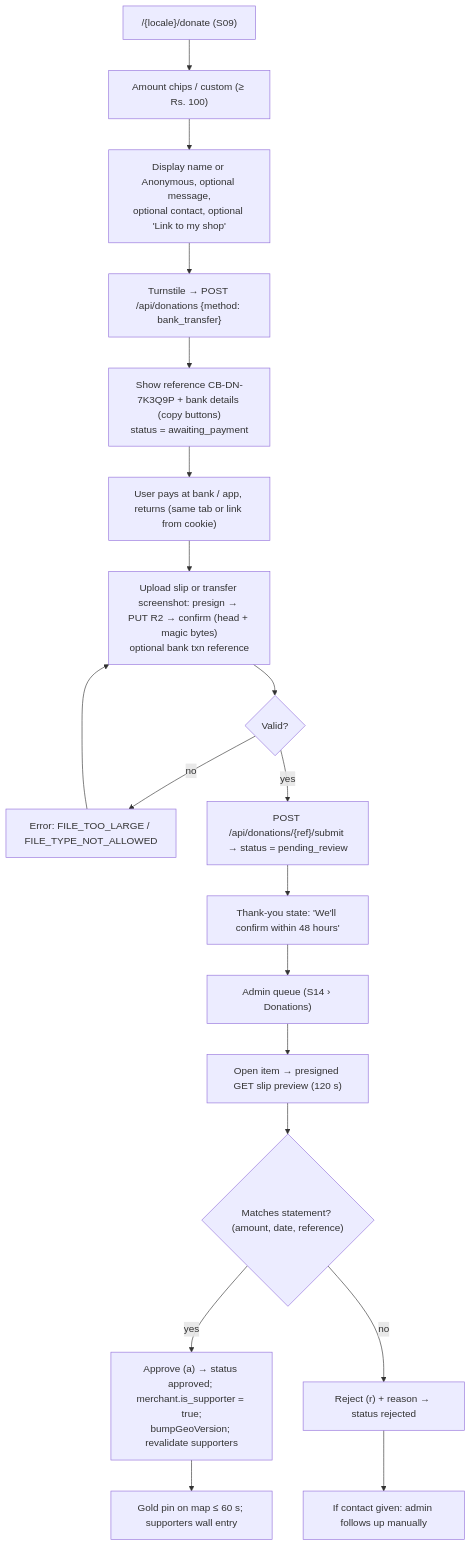
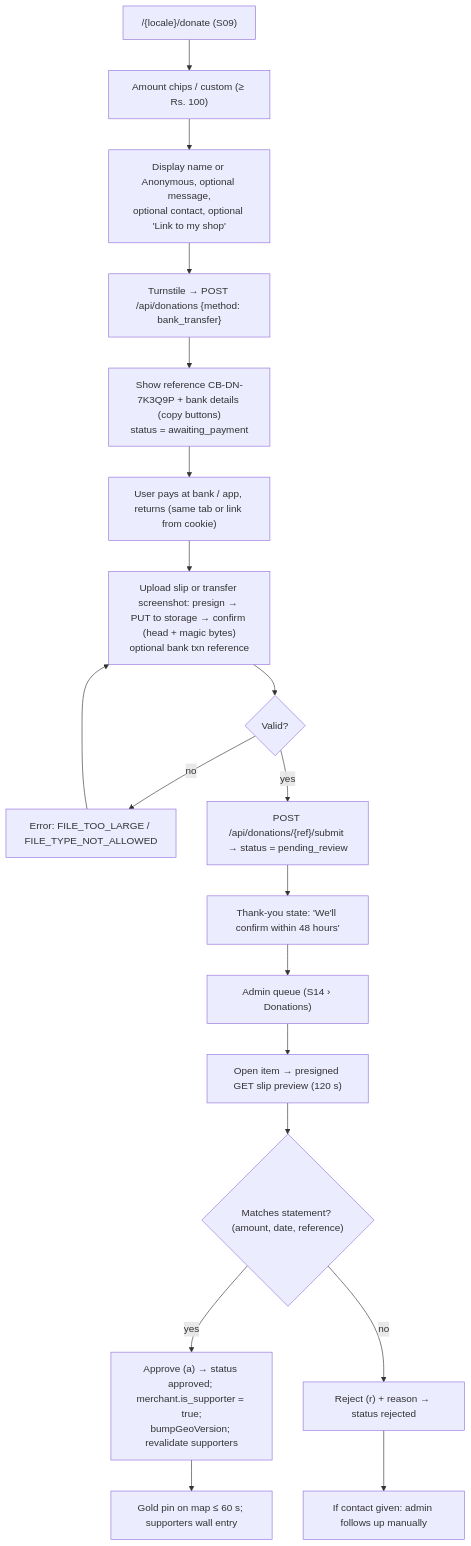
The sixth of 7 diagrams in docs/04-APP_FLOW.md (ceybyte/CeyByte.com), drawn with Mermaid before and after one commit. The commit also changed other lines of this file and 1 other file, not shown here.

First line of the commit message:
docs(main): align PRD and flows with VPS stack

````diff
--- a/docs/04-APP_FLOW.md
+++ b/docs/04-APP_FLOW.md
@@ -291,20 +291,20 @@
 ```mermaid
 flowchart TD
   A["/{locale}/donate (S09)"] --> C["Amount chips / custom (≥ Rs. 100)"]
   C --> D["Display name or Anonymous, optional message,<br/>optional contact, optional 'Link to my shop'"]
   D --> E["Turnstile → POST /api/donations {method: bank_transfer}"]
   E --> F["Show reference CB-DN-7K3Q9P + bank details (copy buttons)<br/>status = awaiting_payment"]
   F --> G["User pays at bank / app, returns (same tab or link from cookie)"]
-  G --> H["Upload slip or transfer screenshot: presign → PUT R2 → confirm (head + magic bytes)<br/>optional bank txn reference"]
+  G --> H["Upload slip or transfer screenshot: presign → PUT to storage → confirm (head + magic bytes)<br/>optional bank txn reference"]
   H --> I{"Valid?"}
   I -- no --> J["Error: FILE_TOO_LARGE / FILE_TYPE_NOT_ALLOWED"] --> H
   I -- yes --> K["POST /api/donations/{ref}/submit → status = pending_review"]
   K --> L["Thank-you state: 'We'll confirm within 48 hours'"]
   L --> M["Admin queue (S14 › Donations)"]
   M --> N["Open item → presigned GET slip preview (120 s)"]
   N --> O{"Matches statement? (amount, date, reference)"}
   O -- yes --> P["Approve (a) → status approved; merchant.is_supporter = true;<br/>bumpGeoVersion; revalidate supporters"]
   O -- no --> Q["Reject (r) + reason → status rejected"]
   P --> R["Gold pin on map ≤ 60 s; supporters wall entry"]
   Q --> S["If contact given: admin follows up manually"]
 ```
````
